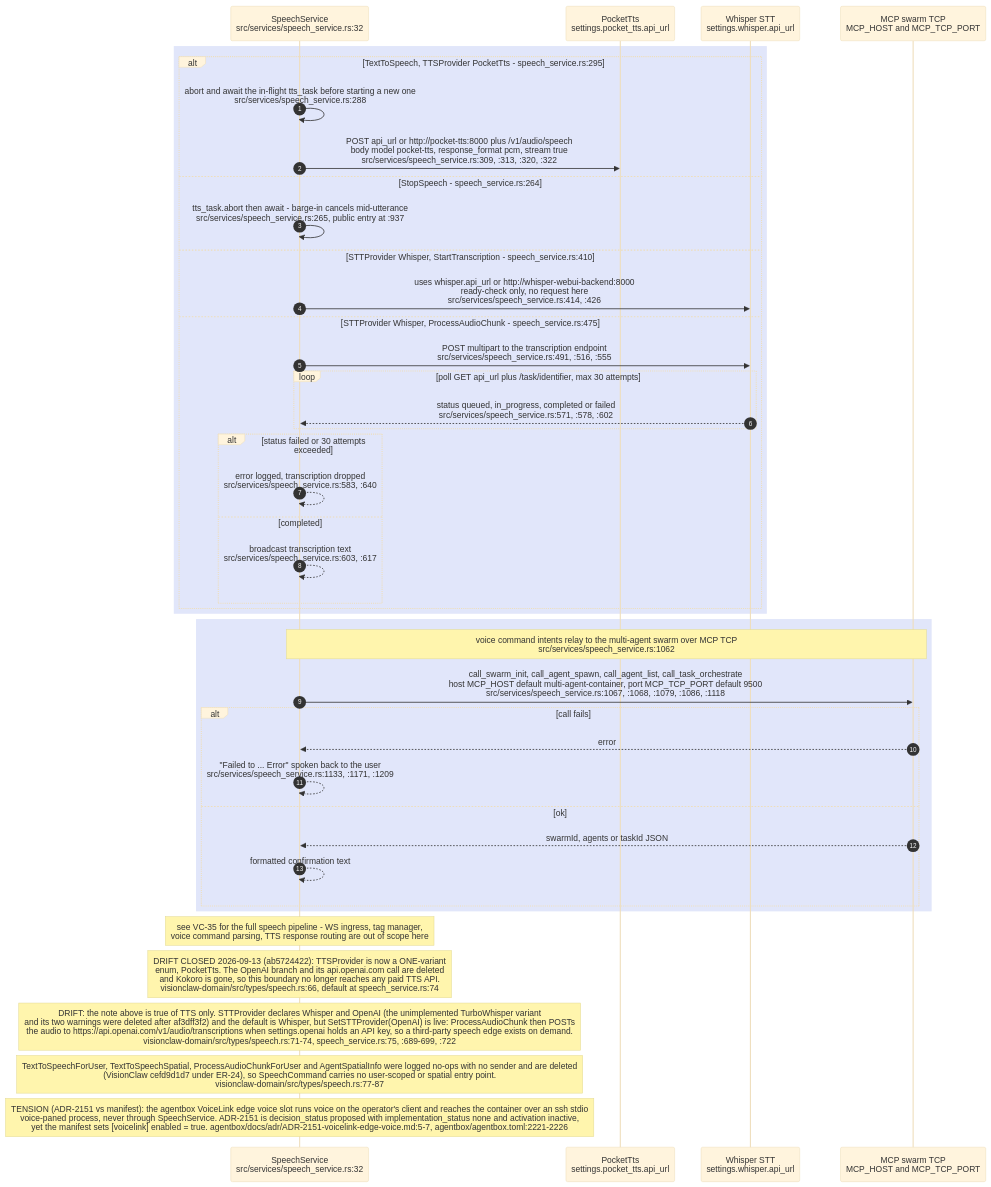
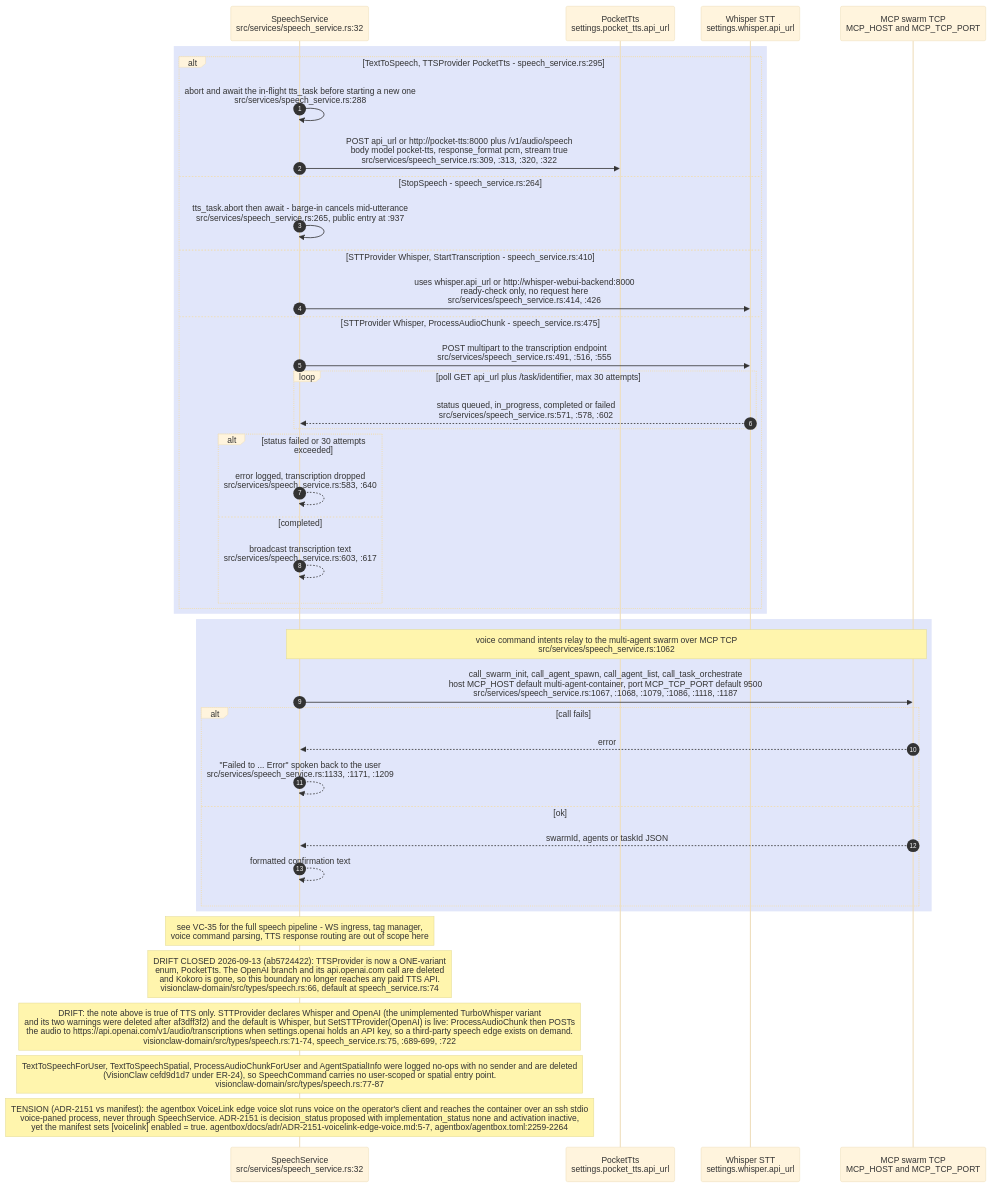
Before and after one commit to DreamLab-AI/VisionFlow: the seventh of 8 diagrams in docs/diagrams/visionclaw/28-external-services.md, drawn with Mermaid (base theme). The commit also changed other lines of this file and 173 other files, not shown here.

````diff
--- a/docs/diagrams/visionclaw/28-external-services.md
+++ b/docs/diagrams/visionclaw/28-external-services.md
@@ -335,47 +339,47 @@
 ```mermaid
 sequenceDiagram
     autonumber
     participant SS as SpeechService<br/>src/services/speech_service.rs:32
     participant PT as PocketTts<br/>settings.pocket_tts.api_url
     participant WHI as Whisper STT<br/>settings.whisper.api_url
     participant MCP as MCP swarm TCP<br/>MCP_HOST and MCP_TCP_PORT
 
     rect rgb(225,230,250)
     alt TextToSpeech, TTSProvider PocketTts - speech_service.rs:295
         SS->>SS: abort and await the in-flight tts_task before starting a new one<br/>src/services/speech_service.rs:288
         SS->>PT: POST api_url or http://pocket-tts:8000 plus /v1/audio/speech<br/>body model pocket-tts, response_format pcm, stream true<br/>src/services/speech_service.rs:309, :313, :320, :322
     else StopSpeech - speech_service.rs:264
         SS->>SS: tts_task.abort then await - barge-in cancels mid-utterance<br/>src/services/speech_service.rs:265, public entry at :937
     else STTProvider Whisper, StartTranscription - speech_service.rs:410
         SS->>WHI: uses whisper.api_url or http://whisper-webui-backend:8000<br/>ready-check only, no request here<br/>src/services/speech_service.rs:414, :426
     else STTProvider Whisper, ProcessAudioChunk - speech_service.rs:475
         SS->>WHI: POST multipart to the transcription endpoint<br/>src/services/speech_service.rs:491, :516, :555
         loop poll GET api_url plus /task/identifier, max 30 attempts
             WHI-->>SS: status queued, in_progress, completed or failed<br/>src/services/speech_service.rs:571, :578, :602
         end
         alt status failed or 30 attempts exceeded
             SS-->>SS: error logged, transcription dropped<br/>src/services/speech_service.rs:583, :640
         else completed
             SS-->>SS: broadcast transcription text<br/>src/services/speech_service.rs:603, :617
         end
     end
     end
 
     rect rgb(225,230,250)
     Note over SS,MCP: voice command intents relay to the multi-agent swarm over MCP TCP<br/>src/services/speech_service.rs:1062
-    SS->>MCP: call_swarm_init, call_agent_spawn, call_agent_list, call_task_orchestrate<br/>host MCP_HOST default multi-agent-container, port MCP_TCP_PORT default 9500<br/>src/services/speech_service.rs:1067, :1068, :1079, :1086, :1118
+    SS->>MCP: call_swarm_init, call_agent_spawn, call_agent_list, call_task_orchestrate<br/>host MCP_HOST default multi-agent-container, port MCP_TCP_PORT default 9500<br/>src/services/speech_service.rs:1067, :1068, :1079, :1086, :1118, :1187
     alt call fails
         MCP-->>SS: error
         SS-->>SS: "Failed to ... Error" spoken back to the user<br/>src/services/speech_service.rs:1133, :1171, :1209
     else ok
         MCP-->>SS: swarmId, agents or taskId JSON
         SS-->>SS: formatted confirmation text
     end
     end
 
     Note over SS: see VC-35 for the full speech pipeline - WS ingress, tag manager,<br/>voice command parsing, TTS response routing are out of scope here
     Note over SS: DRIFT CLOSED 2026-09-13 (ab5724422): TTSProvider is now a ONE-variant<br/>enum, PocketTts. The OpenAI branch and its api.openai.com call are deleted<br/>and Kokoro is gone, so this boundary no longer reaches any paid TTS API.<br/>visionclaw-domain/src/types/speech.rs:66, default at speech_service.rs:74
     Note over SS: DRIFT: the note above is true of TTS only. STTProvider declares Whisper and OpenAI (the unimplemented TurboWhisper variant<br/>and its two warnings were deleted after af3dff3f2) and the default is Whisper, but SetSTTProvider(OpenAI) is live: ProcessAudioChunk then POSTs<br/>the audio to https://api.openai.com/v1/audio/transcriptions when settings.openai holds an API key, so a third-party speech edge exists on demand.<br/>visionclaw-domain/src/types/speech.rs:71-74, speech_service.rs:75, :689-699, :722
     Note over SS: TextToSpeechForUser, TextToSpeechSpatial, ProcessAudioChunkForUser and AgentSpatialInfo were logged no-ops with no sender and are deleted<br/>(VisionClaw cefd9d1d7 under ER-24), so SpeechCommand carries no user-scoped or spatial entry point.<br/>visionclaw-domain/src/types/speech.rs:77-87
-    Note over SS: TENSION (ADR-2151 vs manifest): the agentbox VoiceLink edge voice slot runs voice on the operator's client and reaches the container over an ssh stdio<br/>voice-paned process, never through SpeechService. ADR-2151 is decision_status proposed with implementation_status none and activation inactive,<br/>yet the manifest sets [voicelink] enabled = true. agentbox/docs/adr/ADR-2151-voicelink-edge-voice.md:5-7, agentbox/agentbox.toml:2221-2226
+    Note over SS: TENSION (ADR-2151 vs manifest): the agentbox VoiceLink edge voice slot runs voice on the operator's client and reaches the container over an ssh stdio<br/>voice-paned process, never through SpeechService. ADR-2151 is decision_status proposed with implementation_status none and activation inactive,<br/>yet the manifest sets [voicelink] enabled = true. agentbox/docs/adr/ADR-2151-voicelink-edge-voice.md:5-7, agentbox/agentbox.toml:2259-2264
 ```
````
